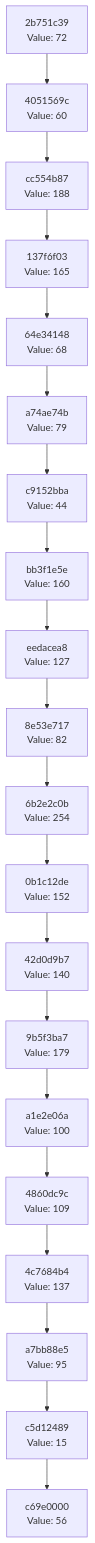
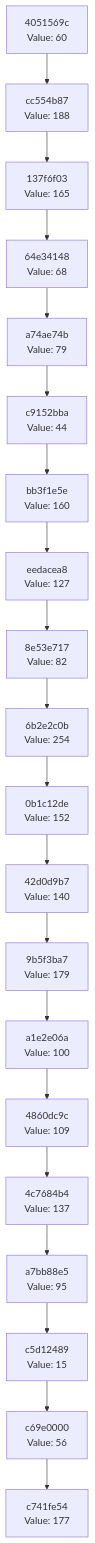
The diagram in docs/CHAIN_VISUALIZATION.md (Abhisheksinha1506/hash-chain-evolver), drawn with Mermaid before and after one commit. The commit also changed 2 other files, not shown here.

Commit message:
Evolution step: hash 0xB1 → action executed

````diff
--- a/docs/CHAIN_VISUALIZATION.md
+++ b/docs/CHAIN_VISUALIZATION.md
@@ -3,42 +3,42 @@
 ```mermaid
 graph TD
-    C0["c69e0000<br/>Value: 56"]
-    C1["c5d12489<br/>Value: 15"]
+    C0["c741fe54<br/>Value: 177"]
+    C1["c69e0000<br/>Value: 56"]
     C1 --> C0
-    C2["a7bb88e5<br/>Value: 95"]
+    C2["c5d12489<br/>Value: 15"]
     C2 --> C1
-    C3["4c7684b4<br/>Value: 137"]
+    C3["a7bb88e5<br/>Value: 95"]
     C3 --> C2
-    C4["4860dc9c<br/>Value: 109"]
+    C4["4c7684b4<br/>Value: 137"]
     C4 --> C3
-    C5["a1e2e06a<br/>Value: 100"]
+    C5["4860dc9c<br/>Value: 109"]
     C5 --> C4
-    C6["9b5f3ba7<br/>Value: 179"]
+    C6["a1e2e06a<br/>Value: 100"]
     C6 --> C5
-    C7["42d0d9b7<br/>Value: 140"]
+    C7["9b5f3ba7<br/>Value: 179"]
     C7 --> C6
-    C8["0b1c12de<br/>Value: 152"]
+    C8["42d0d9b7<br/>Value: 140"]
     C8 --> C7
-    C9["6b2e2c0b<br/>Value: 254"]
+    C9["0b1c12de<br/>Value: 152"]
     C9 --> C8
-    C10["8e53e717<br/>Value: 82"]
+    C10["6b2e2c0b<br/>Value: 254"]
     C10 --> C9
-    C11["eedacea8<br/>Value: 127"]
+    C11["8e53e717<br/>Value: 82"]
     C11 --> C10
-    C12["bb3f1e5e<br/>Value: 160"]
+    C12["eedacea8<br/>Value: 127"]
     C12 --> C11
-    C13["c9152bba<br/>Value: 44"]
+    C13["bb3f1e5e<br/>Value: 160"]
     C13 --> C12
-    C14["a74ae74b<br/>Value: 79"]
+    C14["c9152bba<br/>Value: 44"]
     C14 --> C13
-    C15["64e34148<br/>Value: 68"]
+    C15["a74ae74b<br/>Value: 79"]
     C15 --> C14
-    C16["137f6f03<br/>Value: 165"]
+    C16["64e34148<br/>Value: 68"]
     C16 --> C15
-    C17["cc554b87<br/>Value: 188"]
+    C17["137f6f03<br/>Value: 165"]
     C17 --> C16
-    C18["4051569c<br/>Value: 60"]
+    C18["cc554b87<br/>Value: 188"]
     C18 --> C17
-    C19["2b751c39<br/>Value: 72"]
+    C19["4051569c<br/>Value: 60"]
     C19 --> C18
 ```
````
